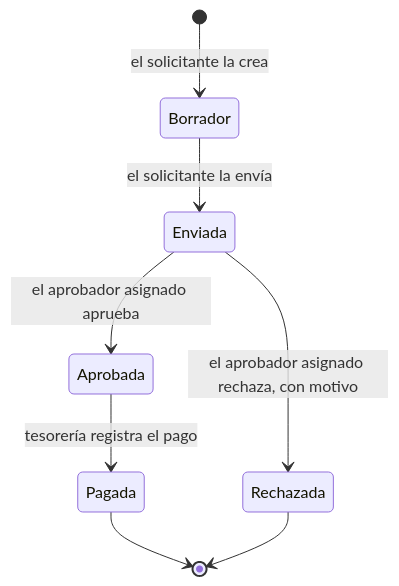
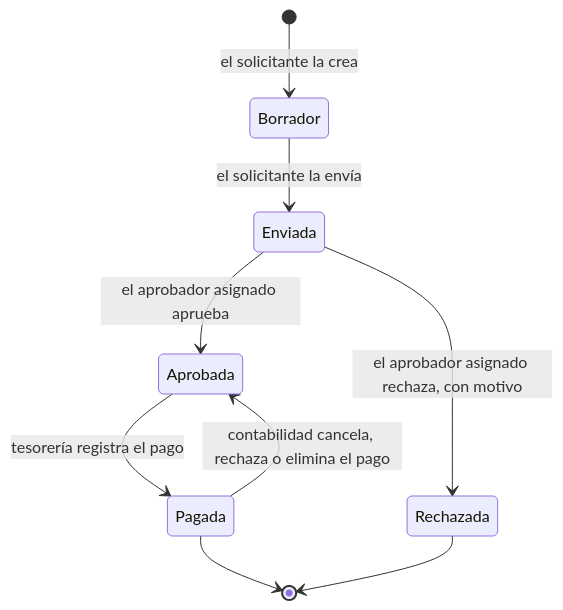
Before and after one commit to victormld/docker-odoo: the diagram in src/custom/payment_request/README.md, drawn with Mermaid. The commit also changed other lines of this file, not shown here.

````diff
--- a/src/custom/payment_request/README.md
+++ b/src/custom/payment_request/README.md
@@ -30,10 +40,11 @@
 ```mermaid
 stateDiagram-v2
     [*] --> Borrador: el solicitante la crea
     Borrador --> Enviada: el solicitante la envía
     Enviada --> Aprobada: el aprobador asignado aprueba
     Enviada --> Rechazada: el aprobador asignado rechaza, con motivo
     Aprobada --> Pagada: tesorería registra el pago
+    Pagada --> Aprobada: contabilidad cancela, rechaza o elimina el pago
     Pagada --> [*]
     Rechazada --> [*]
 ```
````
